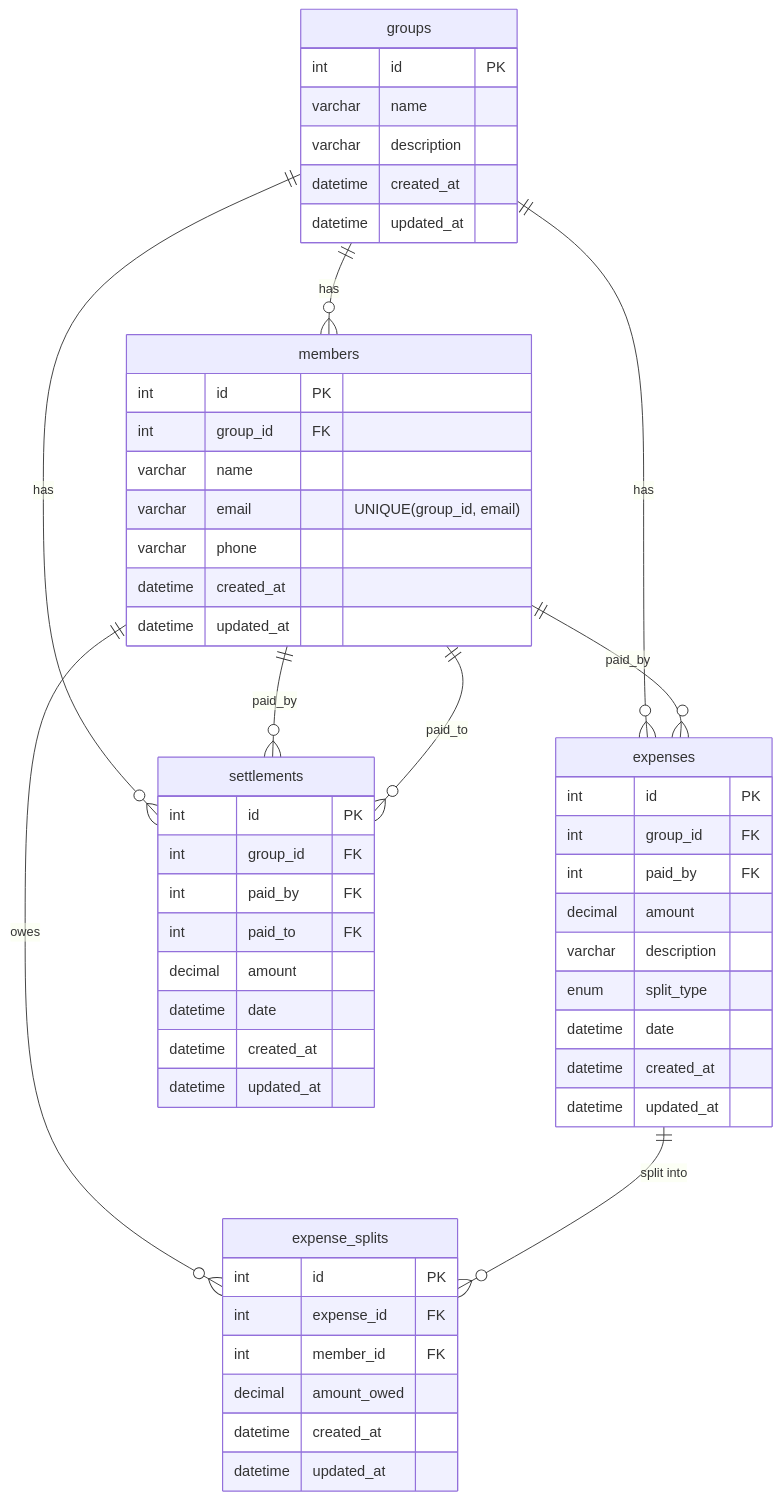
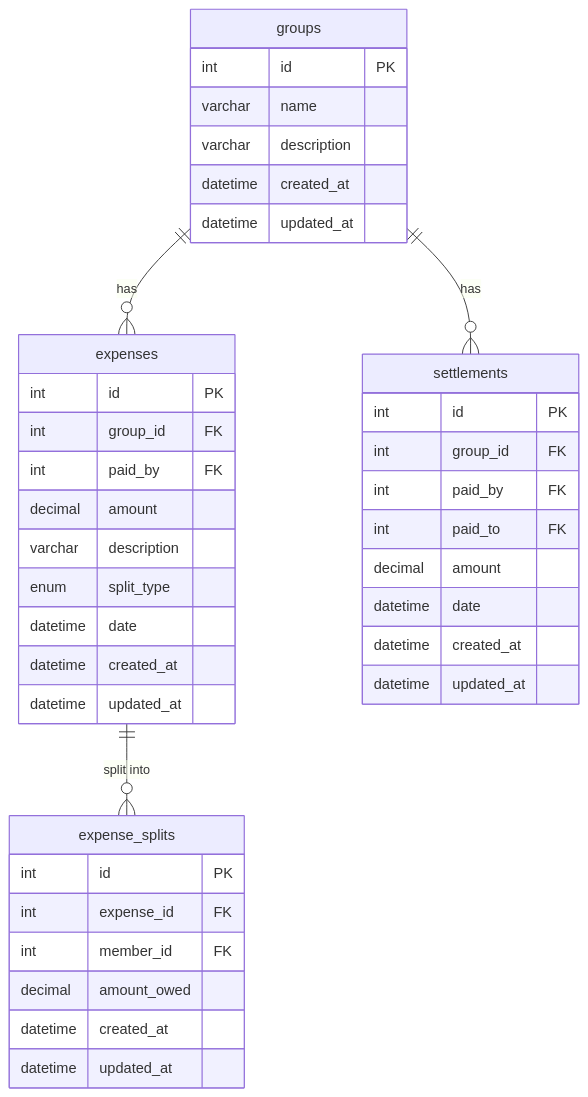
One commit to ekalavya-cmd/SplitKaro changed the diagram in DATABASE_SCHEMA.md. Above: the diagram before and after it, drawn with Mermaid. The commit also changed other lines of this file and 7 other files, not shown here.

````diff
--- a/DATABASE_SCHEMA.md
+++ b/DATABASE_SCHEMA.md
@@ -156,61 +137,46 @@
 ```mermaid
 erDiagram
     groups {
         int id PK
         varchar name
         varchar description
-        datetime created_at
-        datetime updated_at
-    }
-
-    members {
-        int id PK
-        int group_id FK
-        varchar name
-        varchar email "UNIQUE(group_id, email)"
-        varchar phone
         datetime created_at
         datetime updated_at
     }
 
     expenses {
         int id PK
         int group_id FK
         int paid_by FK
         decimal amount
         varchar description
         enum split_type
         datetime date
         datetime created_at
         datetime updated_at
     }
 
     expense_splits {
         int id PK
         int expense_id FK
         int member_id FK
         decimal amount_owed
         datetime created_at
         datetime updated_at
     }
 
     settlements {
         int id PK
         int group_id FK
         int paid_by FK
         int paid_to FK
         decimal amount
         datetime date
         datetime created_at
         datetime updated_at
     }
 
-    groups ||--o{ members : "has"
     groups ||--o{ expenses : "has"
     groups ||--o{ settlements : "has"
-    members ||--o{ expenses : "paid_by"
-    members ||--o{ expense_splits : "owes"
-    members ||--o{ settlements : "paid_by"
-    members ||--o{ settlements : "paid_to"
     expenses ||--o{ expense_splits : "split into"
 ```
````
